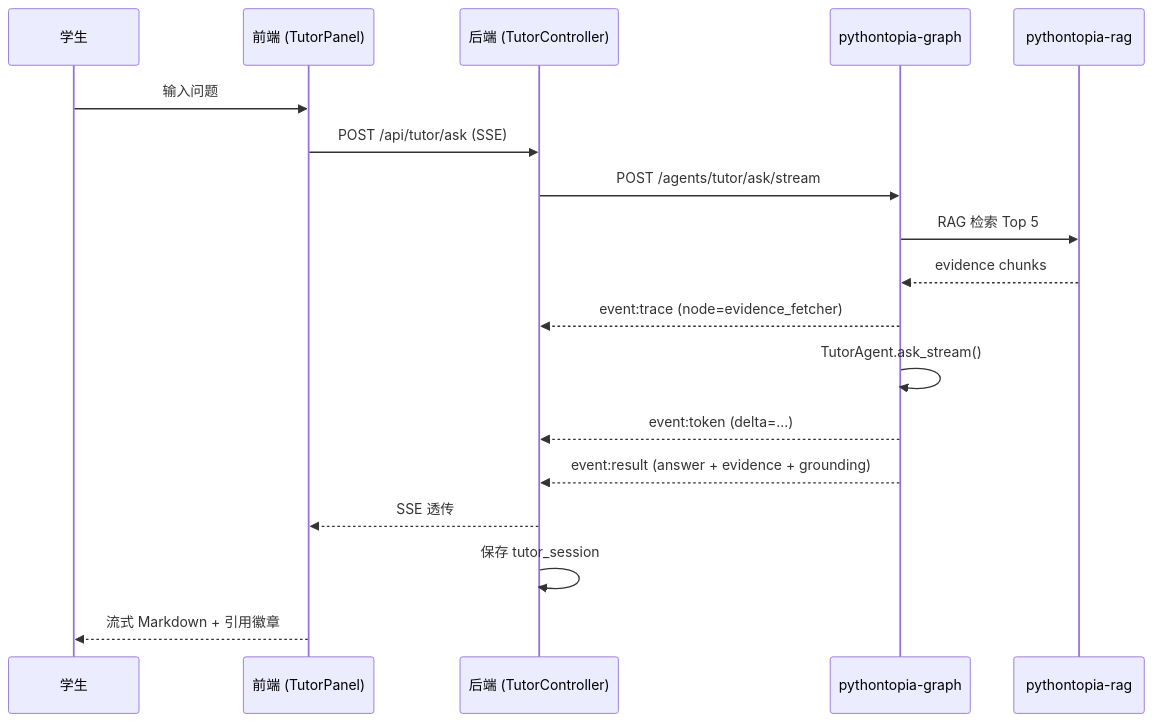
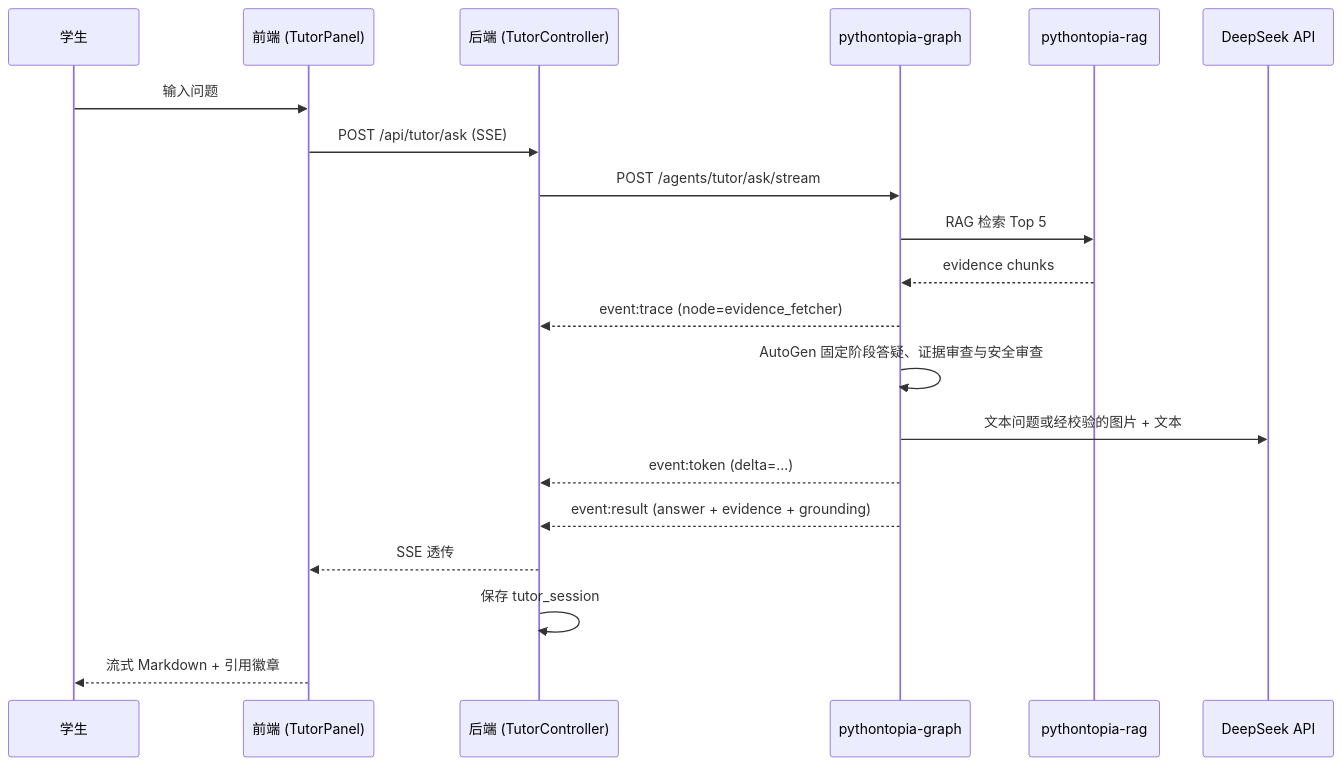
The second of 2 diagrams in docs/project/competition_compliance.md (cypre5s/Pythontopia), drawn with Mermaid before and after one commit. The commit also changed other lines of this file and 16 other files, not shown here.

Commit message:
fix(web): harden teacher and course async flows

````diff
--- a/docs/project/competition_compliance.md
+++ b/docs/project/competition_compliance.md
@@ -63,21 +62,23 @@
 ```mermaid
 sequenceDiagram
   participant U as 学生
   participant F as 前端 (TutorPanel)
   participant B as 后端 (TutorController)
   participant G as pythontopia-graph
   participant R as pythontopia-rag
+  participant D as DeepSeek API
 
   U->>F: 输入问题
   F->>B: POST /api/tutor/ask (SSE)
   B->>G: POST /agents/tutor/ask/stream
   G->>R: RAG 检索 Top 5
   R-->>G: evidence chunks
   G-->>B: event:trace (node=evidence_fetcher)
-  G->>G: TutorAgent.ask_stream()
+  G->>G: AutoGen 固定阶段答疑、证据审查与安全审查
+  G->>D: 文本问题或经校验的图片 + 文本
   G-->>B: event:token (delta=...)
   G-->>B: event:result (answer + evidence + grounding)
   B-->>F: SSE 透传
   B->>B: 保存 tutor_session
   F-->>U: 流式 Markdown + 引用徽章
 ```
````
